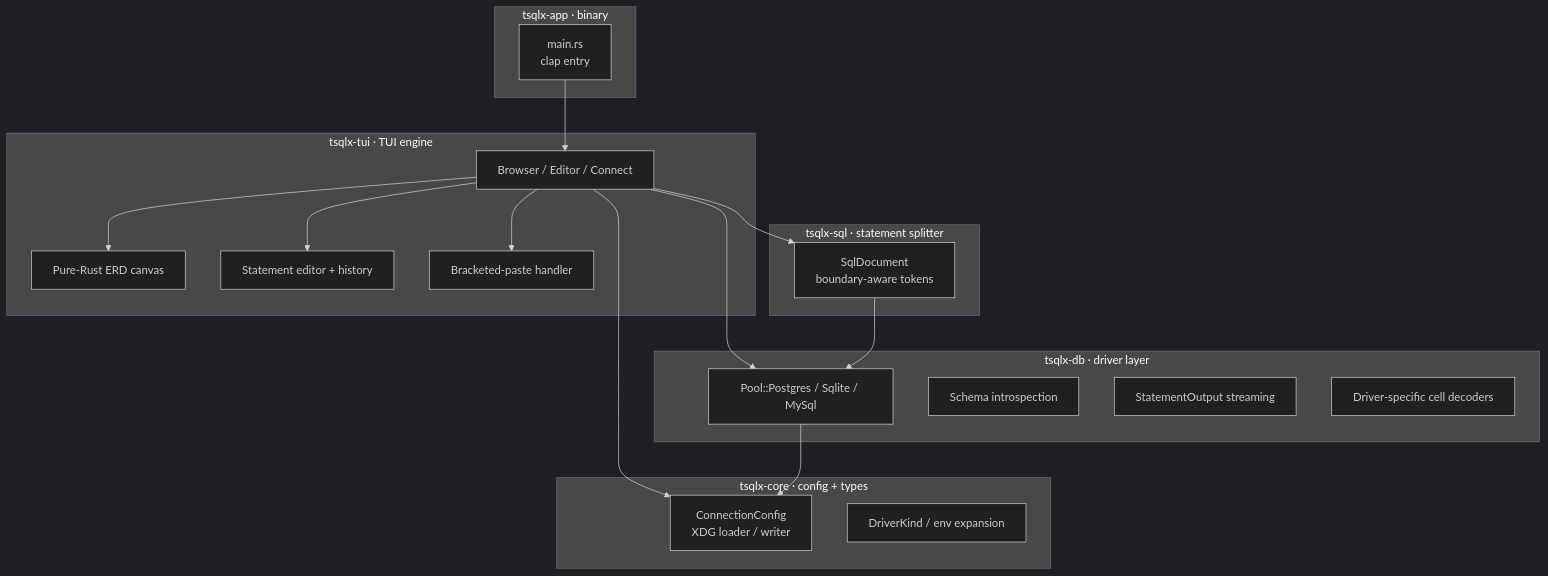
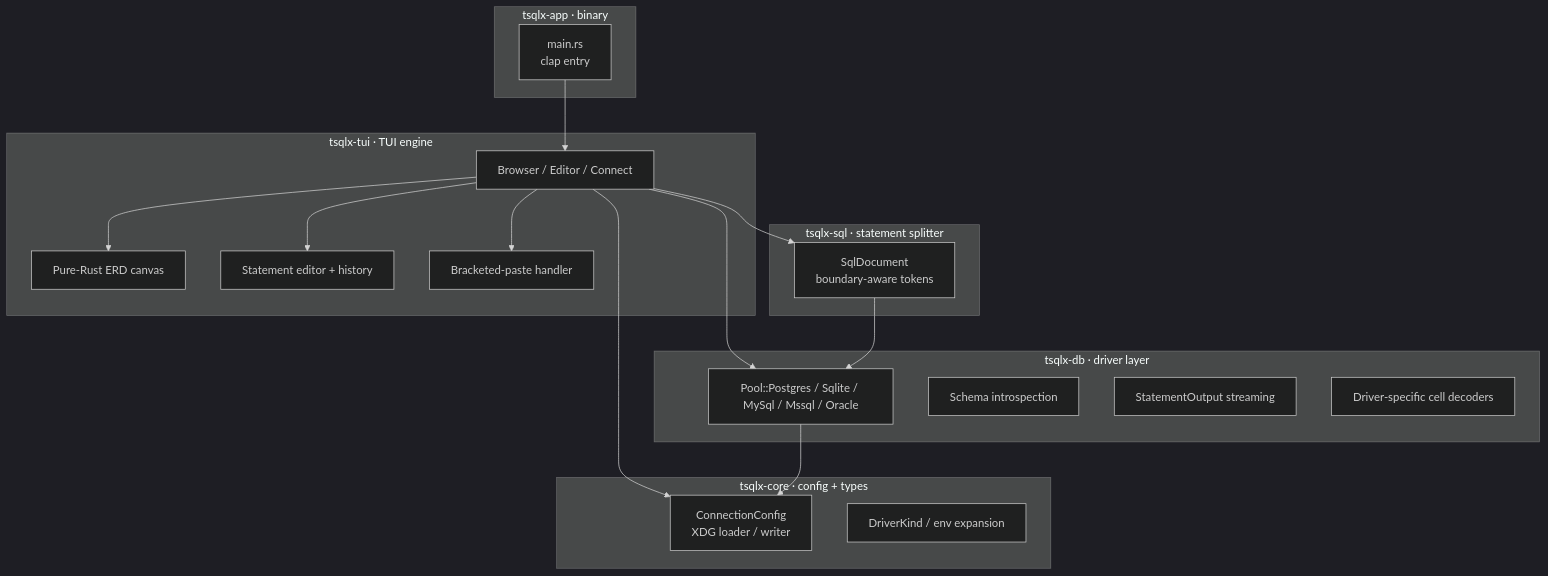
Before and after one commit to nt2311-vn/tsql: the second of 7 diagrams in README.md, drawn with Mermaid. The commit also changed other lines of this file, not shown here.

First line of the commit message:
docs(readme): rename TSQL -> TSQLX, fix Driver-matrix mermaid, document MSSQL/Oracle

````diff
--- a/README.md
+++ b/README.md
@@ -73,36 +75,36 @@
 ```mermaid
 %%{init: {"theme": "dark"}}%%
 graph TD
     subgraph cli["tsqlx-app · binary"]
         A[main.rs<br/>clap entry]
     end
     subgraph tui["tsqlx-tui · TUI engine"]
         B[Browser / Editor / Connect]
         B2[Pure-Rust ERD canvas]
         B3[Statement editor + history]
         B4[Bracketed-paste handler]
     end
     subgraph sql["tsqlx-sql · statement splitter"]
         C[SqlDocument<br/>boundary-aware tokens]
     end
     subgraph db["tsqlx-db · driver layer"]
-        D[Pool::Postgres / Sqlite / MySql]
+        D[Pool::Postgres / Sqlite / MySql / Mssql / Oracle]
         D2[Schema introspection]
         D3[StatementOutput streaming]
         D4[Driver-specific cell decoders]
     end
     subgraph core["tsqlx-core · config + types"]
         E[ConnectionConfig<br/>XDG loader / writer]
         E2[DriverKind / env expansion]
     end
 
     A --> B
     B --> B2
     B --> B3
     B --> B4
     B --> C
     B --> D
     B --> E
     C --> D
     D --> E
 ```
````
